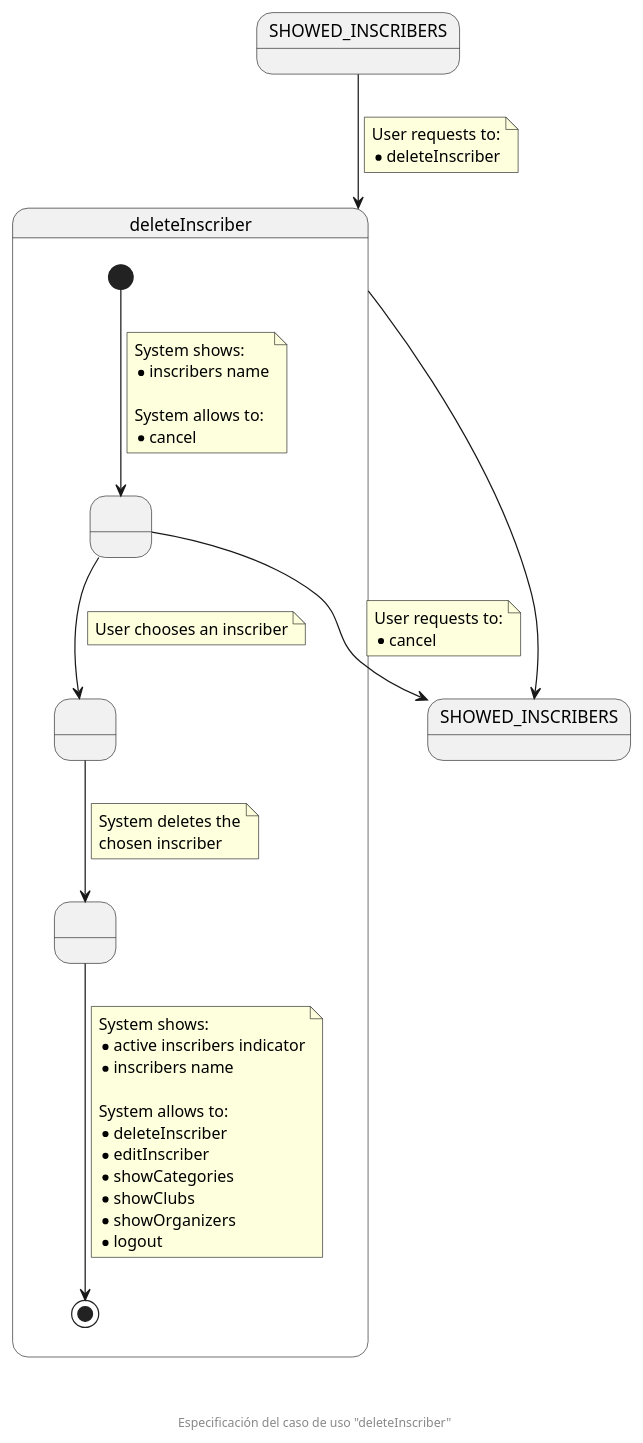
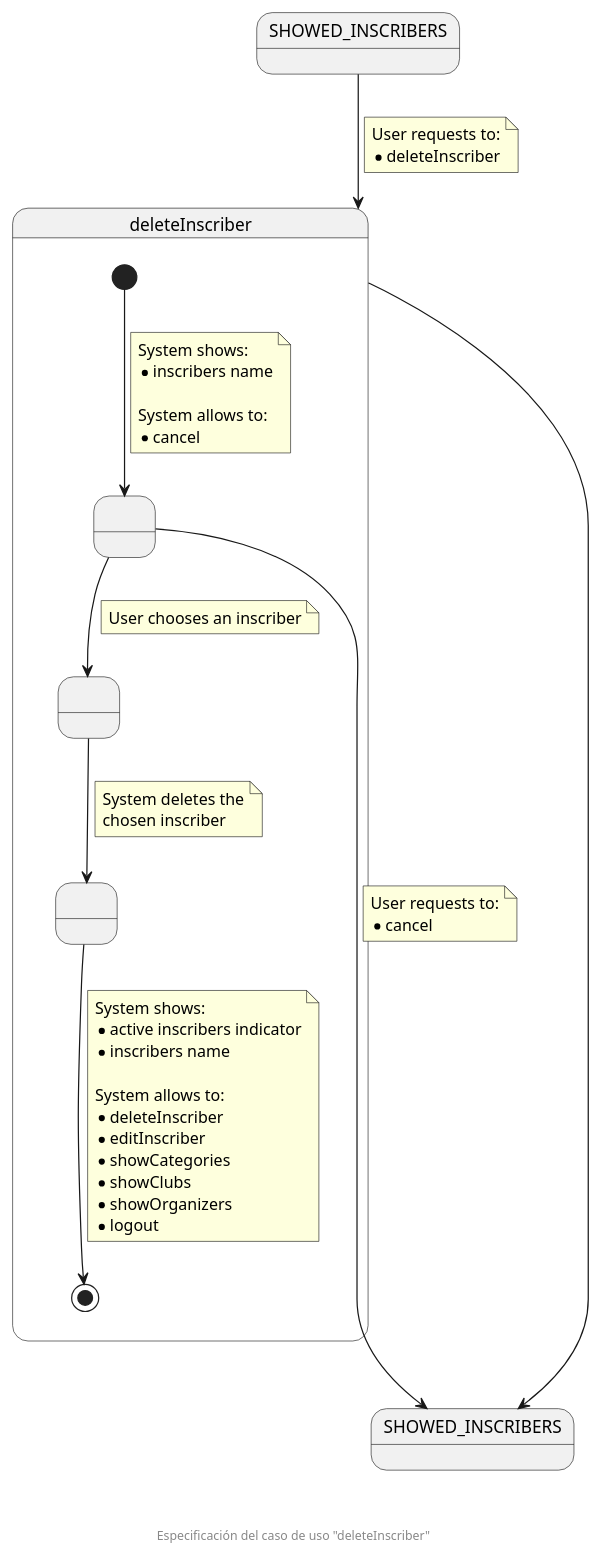
One commit to zuldare/mastercloud_pfm_halterocms changed the diagram in documentation/diagrams/1_requirements/3_useCasesSpecification/organizationSecretary/11_deleteInscriber.puml. Above: the diagram before and after it, drawn with PlantUML. The commit also changed 2 other files, not shown here.

Commit message:
Fix delete use cases specification

```diff
--- a/documentation/diagrams/1_requirements/3_useCasesSpecification/organizationSecretary/11_deleteInscriber.puml
+++ b/documentation/diagrams/1_requirements/3_useCasesSpecification/organizationSecretary/11_deleteInscriber.puml
@@ -1,60 +1,60 @@
 @startuml
 state SHOWED_INSCRIBERS
 state "SHOWED_INSCRIBERS" as SHOWED_INSCRIBERS_F
 state deleteInscriber {
   state " " as SHOWED_INSCRIBERS_TO_BE_DELETED
   state " " as CHOSEN_INSCRIBER
   state " " as INSCRIBER_DELETED
 
   [*] --> SHOWED_INSCRIBERS_TO_BE_DELETED
   note on link
     System shows:
     * inscribers name
 
     System allows to:
     * cancel
   end note
   
   SHOWED_INSCRIBERS_TO_BE_DELETED --> CHOSEN_INSCRIBER
   note on link
     User chooses an inscriber
   end note
 
-  SHOWED_INSCRIBERS_TO_BE_DELETED --> SHOWED_INSCRIBERS_F
+  SHOWED_INSCRIBERS_TO_BE_DELETED -down-> SHOWED_INSCRIBERS_F
   note on link
     User requests to:
     * cancel
   end note
 
   CHOSEN_INSCRIBER --> INSCRIBER_DELETED
   note on link
     System deletes the
     chosen inscriber
   end note
 
   INSCRIBER_DELETED --> [*]
   note on link
     System shows:
     * active inscribers indicator
     * inscribers name
 
     System allows to:
     * deleteInscriber
     * editInscriber
     * showCategories
     * showClubs
     * showOrganizers
     * logout
   end note
 }
 
 SHOWED_INSCRIBERS --> deleteInscriber
 note on link
   User requests to:
   * deleteInscriber
 end note
 
-deleteInscriber --> SHOWED_INSCRIBERS_F
+deleteInscriber ------> SHOWED_INSCRIBERS_F
 
 footer \n\n\n Especificación del caso de uso "deleteInscriber"
 @enduml
```
